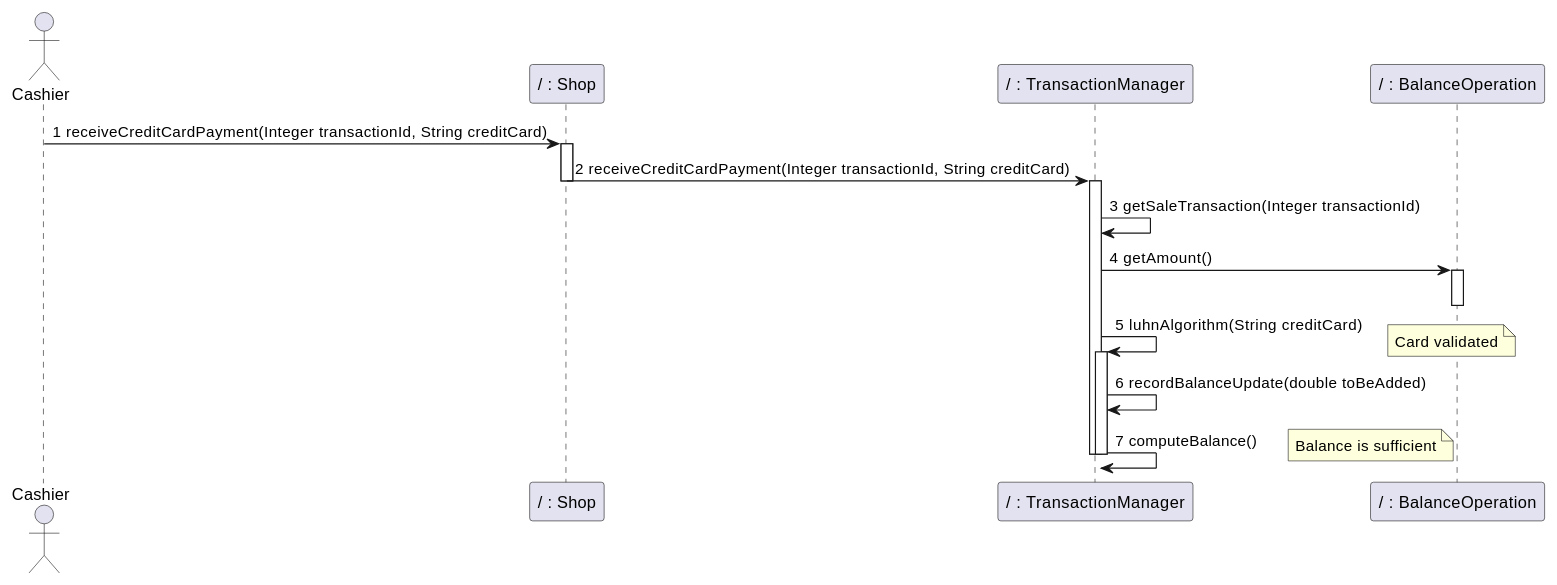
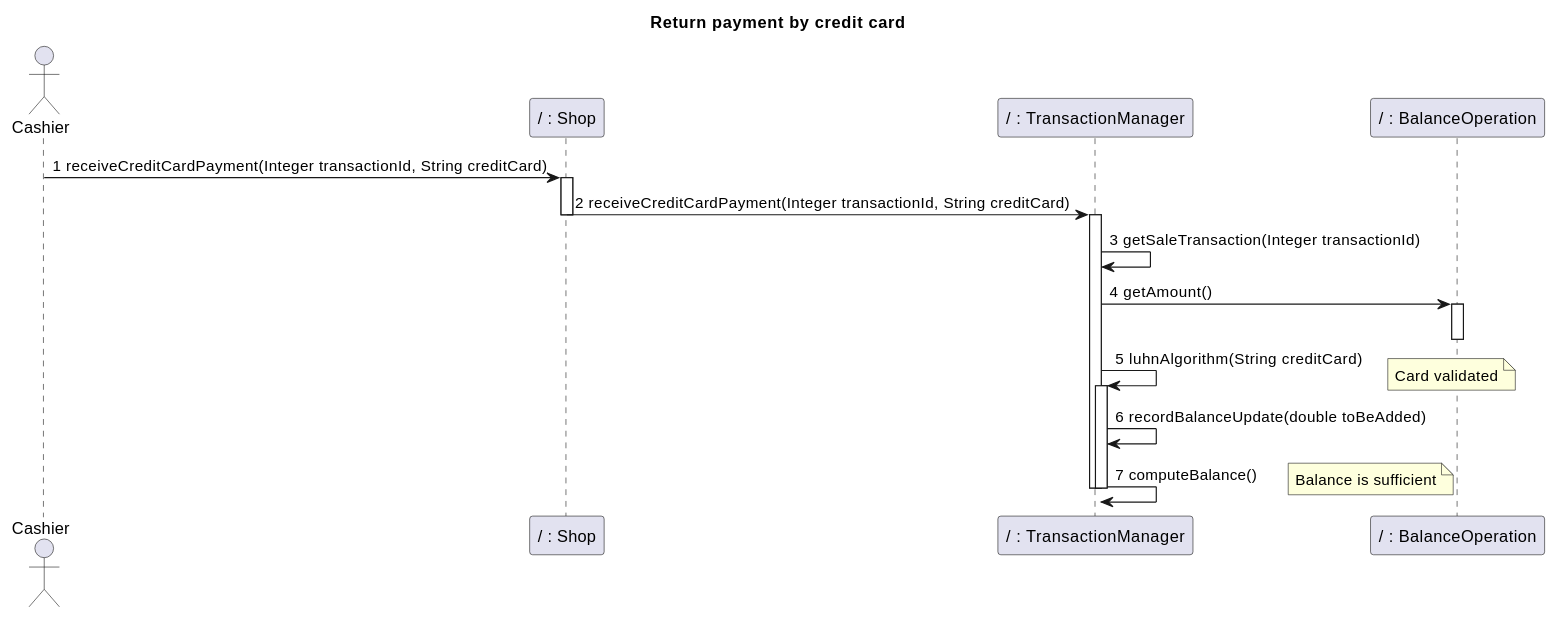
One commit to nicolabattaglino/ezshop changed diagram 31 of 32 in Deliverables/DesignDocument.md. Above: the diagram before and after it, drawn with PlantUML. The commit also changed other lines of this file, not shown here.

````diff
--- a/Deliverables/DesignDocument.md
+++ b/Deliverables/DesignDocument.md
@@ -1459,27 +1500,32 @@
 ```plantuml
 @startuml
+
+title
+Return payment by  credit card
+end title
+
 
 actor Cashier
 participant "/ : Shop" as Shop
 participant "/ : TransactionManager" as TransactionManager
 participant "/ : BalanceOperation" as BalanceOperation
 Cashier -> Shop :1 receiveCreditCardPayment(Integer transactionId, String creditCard)
 activate Shop
 Shop -> TransactionManager:2 receiveCreditCardPayment(Integer transactionId, String creditCard)
 deactivate Shop
 activate TransactionManager
 TransactionManager-> TransactionManager:3 getSaleTransaction(Integer transactionId)
 TransactionManager-> BalanceOperation:4 getAmount()
 activate BalanceOperation
 deactivate BalanceOperation
 TransactionManager -> TransactionManager:5 luhnAlgorithm(String creditCard)
 activate TransactionManager
 note right : Card validated
 TransactionManager -> TransactionManager:6 recordBalanceUpdate(double toBeAdded)
 TransactionManager -> TransactionManager:7 computeBalance()
 deactivate TransactionManager
 note right: Balance is sufficient
 deactivate TransactionManager
 
 @enduml
 ```
````
